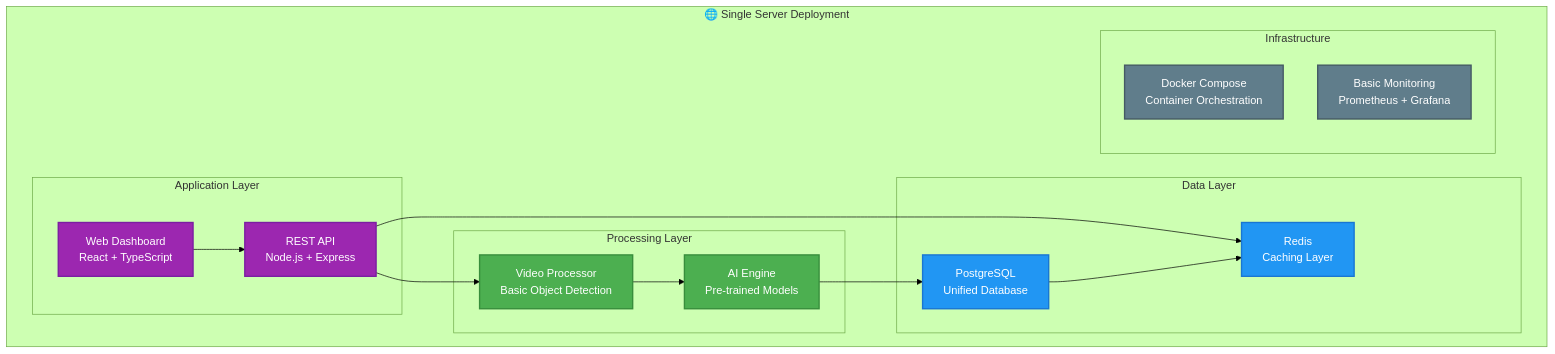
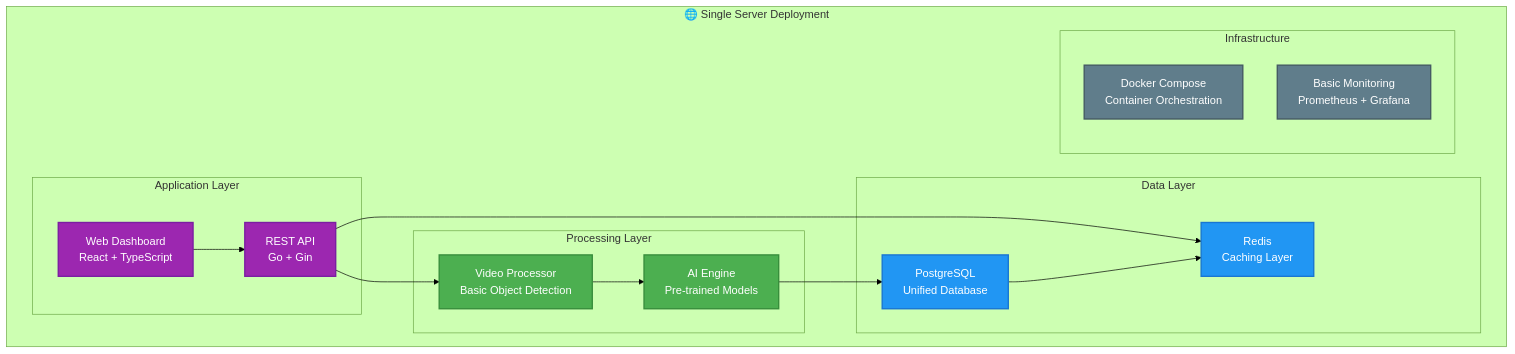
Before and after one commit to RaulMedeiros/video_analytics_platform: the first of 3 diagrams in roadmap/progressive_implementation_roadmap.md, drawn with Mermaid (forest theme). The commit also changed other lines of this file and 11 other files, not shown here.

````diff
--- a/roadmap/progressive_implementation_roadmap.md
+++ b/roadmap/progressive_implementation_roadmap.md
@@ -67,41 +67,41 @@
 ```mermaid
 graph TB
     subgraph "🌐 Single Server Deployment"
         subgraph "Application Layer"
             WEB[Web Dashboard<br/>React + TypeScript]
-            API[REST API<br/>Node.js + Express]
+            API[REST API<br/>Go + Gin]
         end
 
         subgraph "Processing Layer"
             VIDEO[Video Processor<br/>Basic Object Detection]
             AI[AI Engine<br/>Pre-trained Models]
         end
 
         subgraph "Data Layer"
             DB[PostgreSQL<br/>Unified Database]
             CACHE[Redis<br/>Caching Layer]
         end
 
         subgraph "Infrastructure"
             DOCKER[Docker Compose<br/>Container Orchestration]
             MON[Basic Monitoring<br/>Prometheus + Grafana]
         end
     end
 
     WEB --> API
     API --> VIDEO
     VIDEO --> AI
     AI --> DB
     API --> CACHE
     DB --> CACHE
 
     classDef application fill:#9c27b0,stroke:#7b1fa2,stroke-width:2px,color:#fff
     classDef processing fill:#4caf50,stroke:#388e3c,stroke-width:2px,color:#fff
     classDef data fill:#2196f3,stroke:#1976d2,stroke-width:2px,color:#fff
     classDef infra fill:#607d8b,stroke:#455a64,stroke-width:2px,color:#fff
 
     class WEB,API application
     class VIDEO,AI processing
     class DB,CACHE data
     class DOCKER,MON infra
 ```
````
